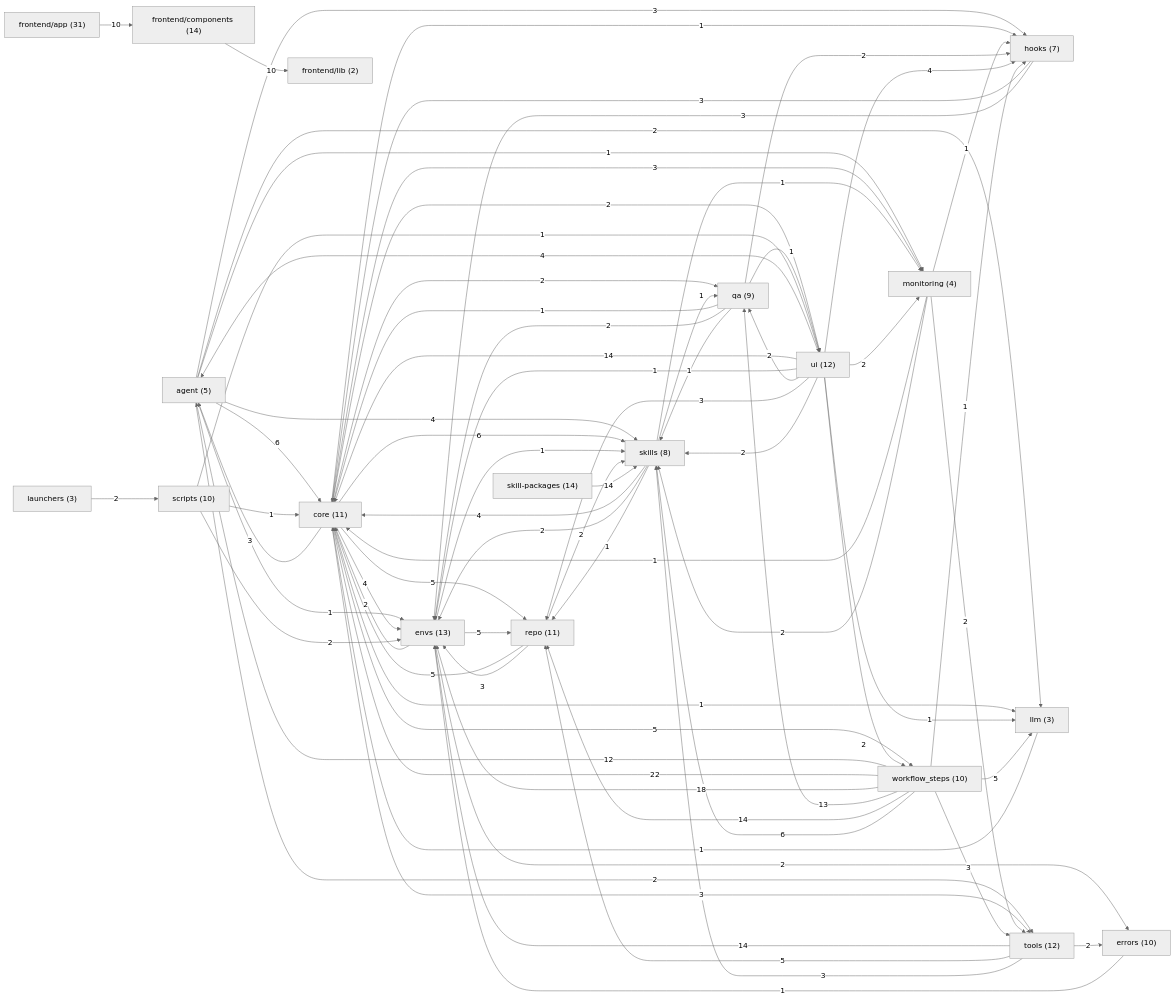
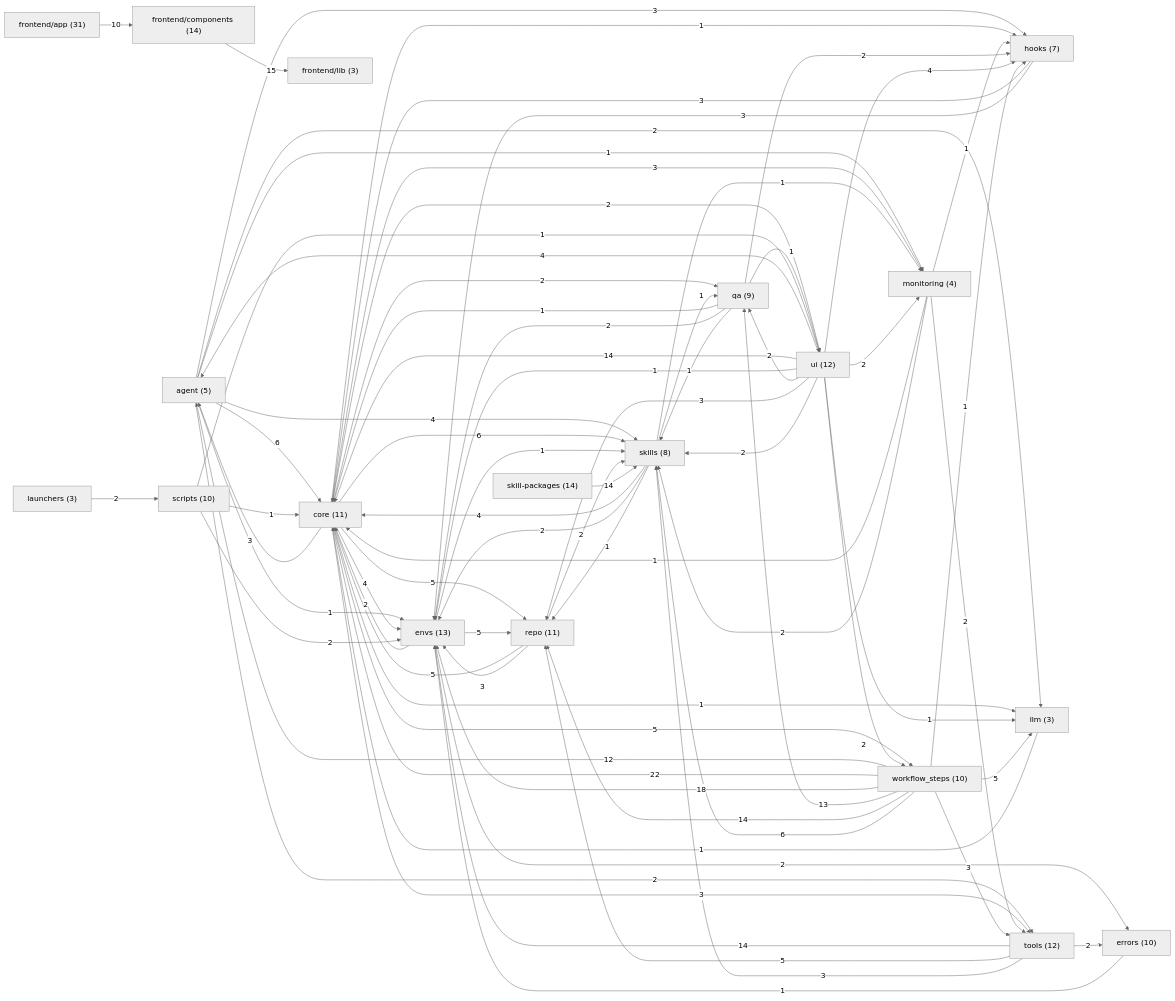
One commit to sarveshtalele/maf-harness-testing changed the second of 21 diagrams in docs/ARCHITECTURE_MAP.md. Above: the diagram before and after it, drawn with Mermaid (neutral theme). The commit also changed other lines of this file, not shown here.

Commit message:
docs: regenerate architecture map for the MCP guard module

```diff
--- a/docs/ARCHITECTURE_MAP.md
+++ b/docs/ARCHITECTURE_MAP.md
@@ -65,7 +65,7 @@
   g3["errors (10)"]
   g4["frontend/app (31)"]
   g5["frontend/components (14)"]
-  g6["frontend/lib (2)"]
+  g6["frontend/lib (3)"]
   g7["hooks (7)"]
   g8["launchers (3)"]
   g9["llm (3)"]
@@ -102,7 +102,7 @@
   g2 -->|1| g15
   g3 -->|1| g2
   g4 -->|10| g5
-  g5 -->|10| g6
+  g5 -->|15| g6
   g7 -->|3| g1
   g7 -->|3| g2
   g8 -->|2| g13
```
